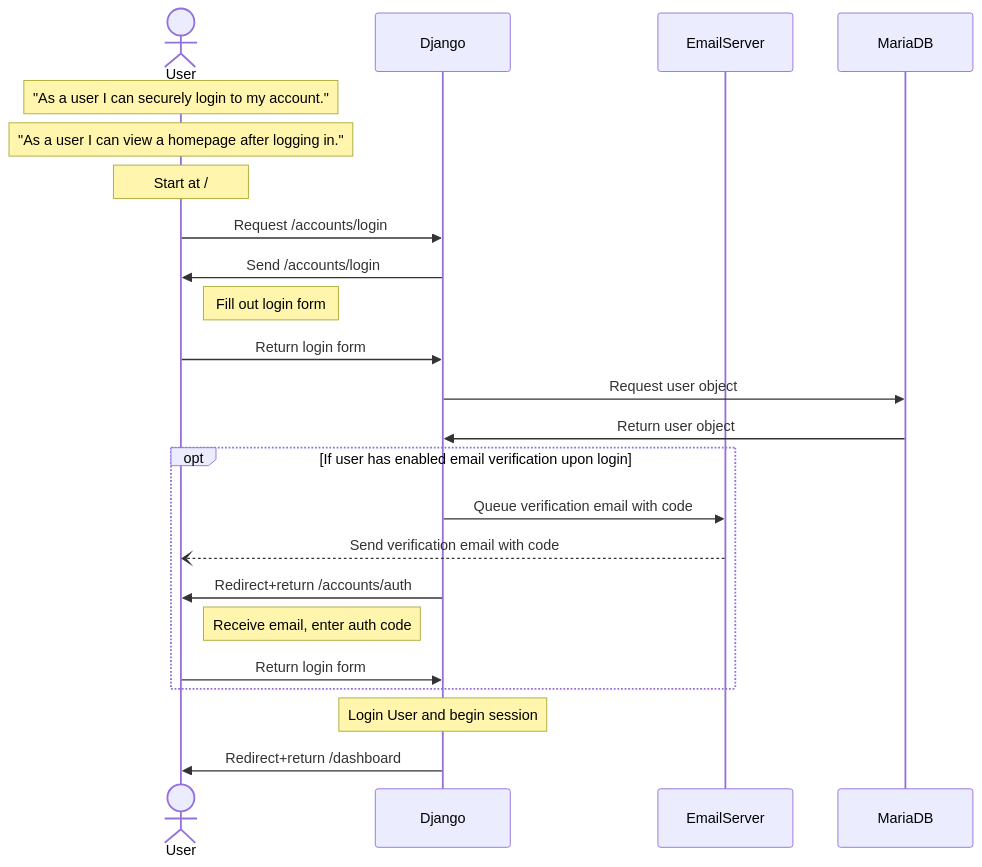
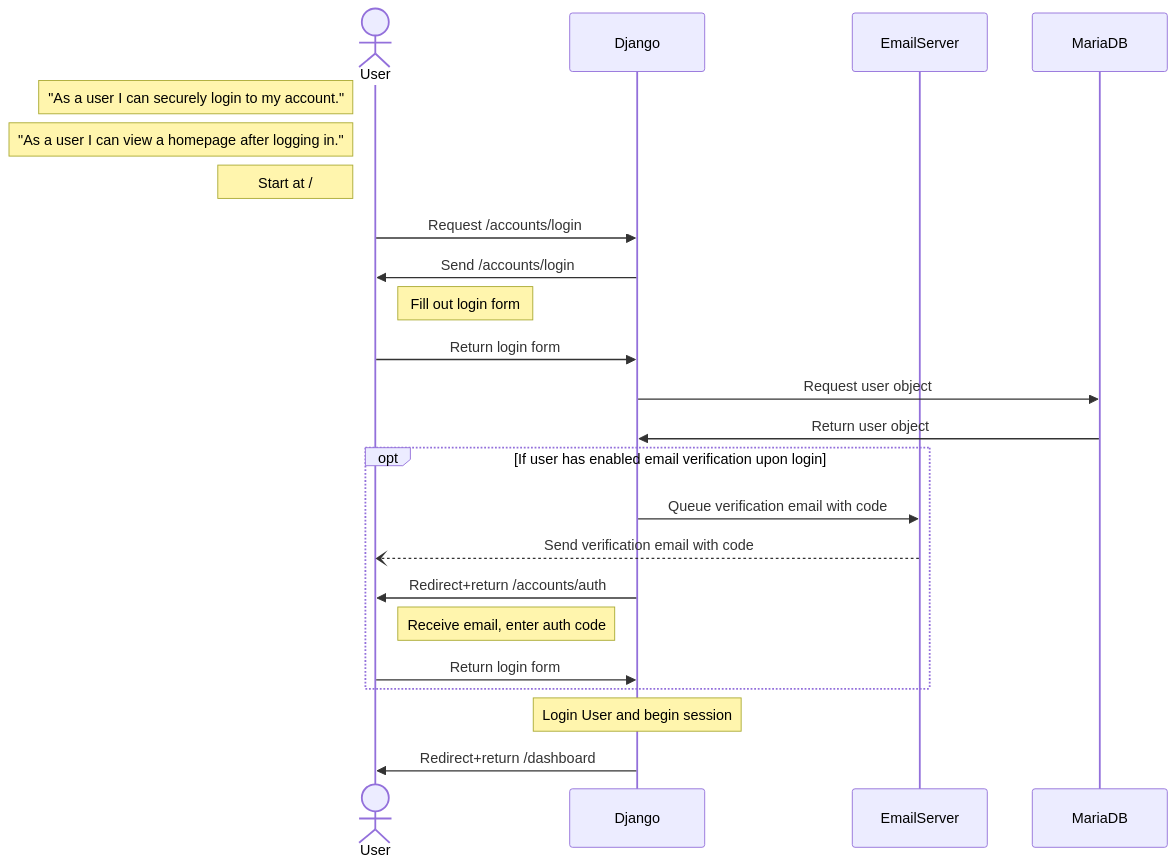
The diagram in docs/use_case_sequences/login.mermaid (familycrest/personal-finance-tracker), drawn with Mermaid before and after one commit. The commit also changed 2 other files, not shown here.

Commit message:
move user context flags to the left

```diff
--- a/docs/use_case_sequences/login.mermaid
+++ b/docs/use_case_sequences/login.mermaid
@@ -1,33 +1,33 @@
 sequenceDiagram
     actor User
     participant Django
     participant EmailServer
     participant MariaDB
 
-    Note over User: "As a user I can securely login to my account."
-    Note over User: "As a user I can view a homepage after logging in."
-    Note over User: Start at /
+    Note left of User: "As a user I can securely login to my account."
+    Note left of User: "As a user I can view a homepage after logging in."
+    Note left of User: Start at /
     
     User->>Django: Request /accounts/login
     Django->>User: Send /accounts/login
     
     Note right of User: Fill out login form
     
     User->>Django: Return login form
     Django->>MariaDB: Request user object
     MariaDB->>Django: Return user object
 
     opt If user has enabled email verification upon login
         Django->>EmailServer: Queue verification email with code
         EmailServer--)User: Send verification email with code
         
         Django->>User: Redirect+return /accounts/auth
 
         Note right of User: Receive email, enter auth code
         
         User->>Django: Return login form
     end   
     
     Note over Django: Login User and begin session
 
     Django->>User: Redirect+return /dashboard
```
